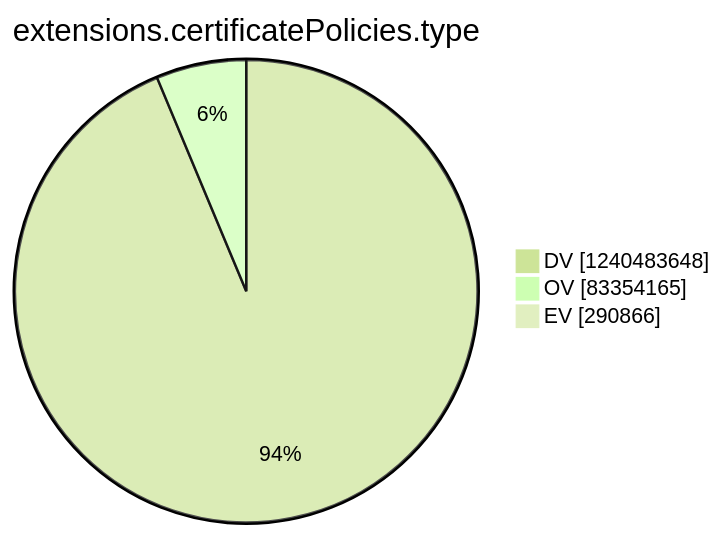
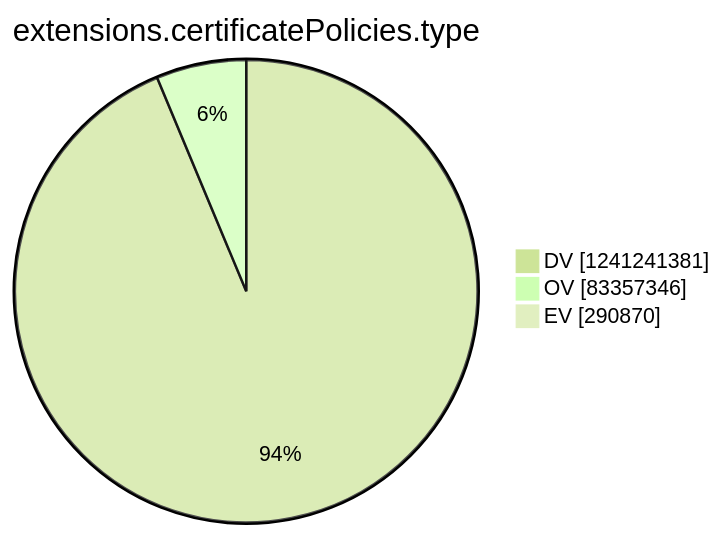
Before and after one commit to christiankrug/ctmonitor_visualization: the tenth of 15 diagrams in argon2022/README.md, drawn with Mermaid (forest theme). The commit also changed other lines of this file, not shown here.

````diff
--- a/argon2022/README.md
+++ b/argon2022/README.md
@@ -2771,7 +2771,7 @@
 ```mermaid
 pie showData
 title extensions.certificatePolicies.type
-"DV" :1240483648
-"OV" :83354165
-"EV" :290866
+"DV" :1241241381
+"OV" :83357346
+"EV" :290870
 ```
````
